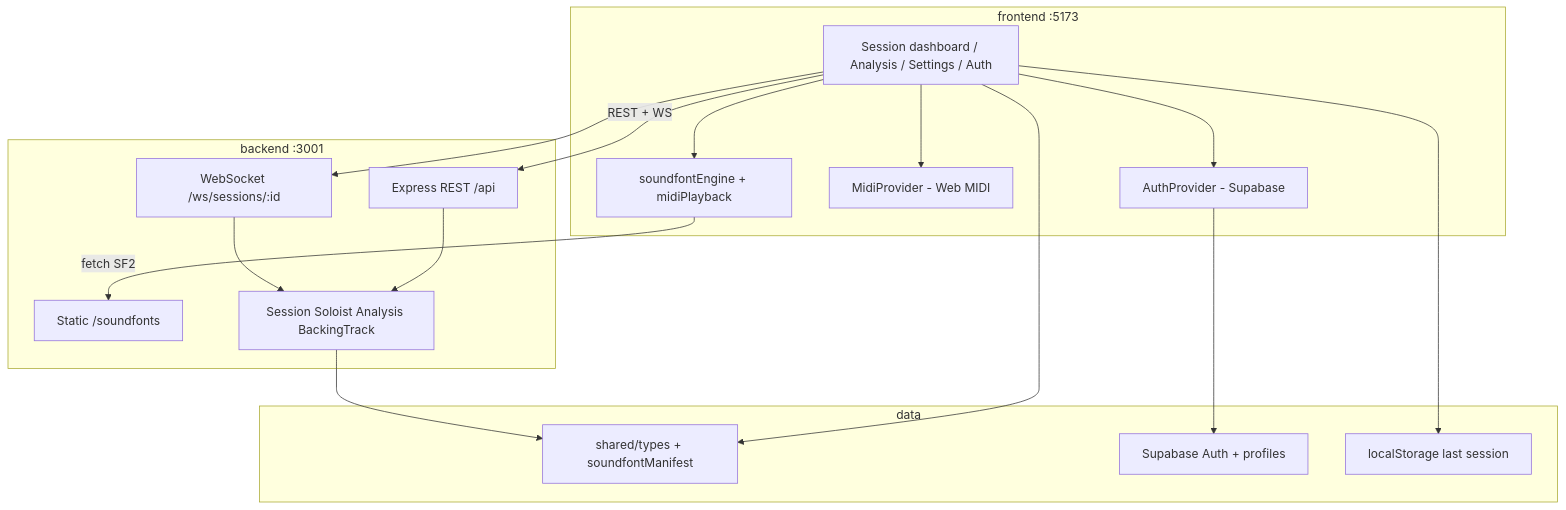
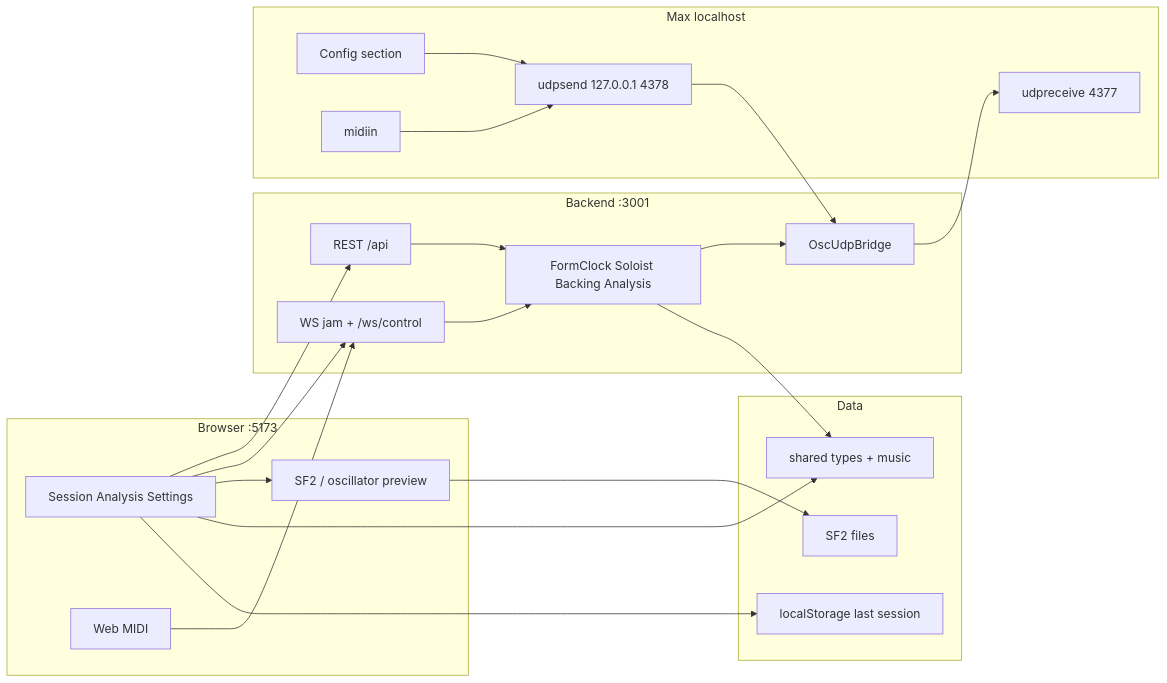
One commit to patricksullivan123411223344/music-gen-repo changed the diagram in README.md. Above: the diagram before and after it, drawn with Mermaid. The commit also changed other lines of this file and 426 other files, not shown here.

Commit message:
max additions, supabase removed

````diff
--- a/README.md
+++ b/README.md
@@ -34,33 +85,41 @@
 ```mermaid
-flowchart TB
-  subgraph fe [frontend :5173]
-    UI[Session dashboard / Analysis / Settings / Auth]
-    Auth[AuthProvider - Supabase]
-    Midi[MidiProvider - Web MIDI]
-    Audio[soundfontEngine + midiPlayback]
+flowchart LR
+  subgraph browser [Browser :5173]
+    UI[Session Analysis Settings]
+    SF2[SF2 / oscillator preview]
+    WebMIDI[Web MIDI]
   end
-  subgraph be [backend :3001]
-    REST[Express REST /api]
-    WS[WebSocket /ws/sessions/:id]
-    SF[Static /soundfonts]
-    Svcs[Session Soloist Analysis BackingTrack]
+  subgraph backend [Backend :3001]
+    REST[REST /api]
+    WS[WS jam + /ws/control]
+    Brain[FormClock Soloist Backing Analysis]
+    OSC[OscUdpBridge]
+    REST --> Brain
+    WS --> Brain
+    Brain --> OSC
   end
-  subgraph data [data]
-    Shared[shared/types + soundfontManifest]
-    Supa[Supabase Auth + profiles]
+  subgraph maxapp [Max localhost]
+    Rx["udpreceive 4377"]
+    Tx["udpsend 127.0.0.1 4378"]
+    Cfg[Config section]
+    HW[midiin]
+  end
+  subgraph data [Data]
+    Shared[shared types + music]
     LS[localStorage last session]
+    SFFiles[SF2 files]
   end
 
-  UI --> Auth
-  UI --> Midi
-  UI --> Audio
-  Auth --> Supa
-  Audio -->|"fetch SF2"| SF
-  UI -->|"REST + WS"| REST
+  UI --> REST
   UI --> WS
-  REST --> Svcs
-  WS --> Svcs
+  UI --> SF2
+  WebMIDI --> WS
+  SF2 --> SFFiles
   UI --> Shared
-  Svcs --> Shared
+  Brain --> Shared
   UI --> LS
+  OSC --> Rx
+  Tx --> OSC
+  Cfg --> Tx
+  HW --> Tx
 ```
````
